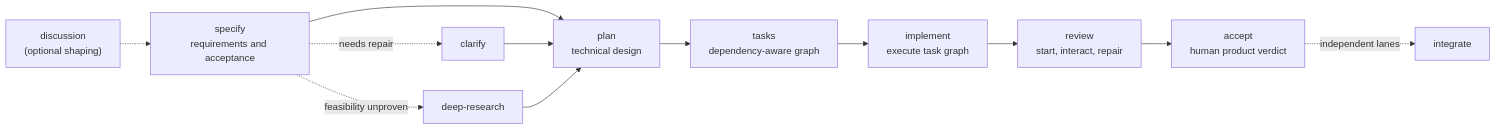
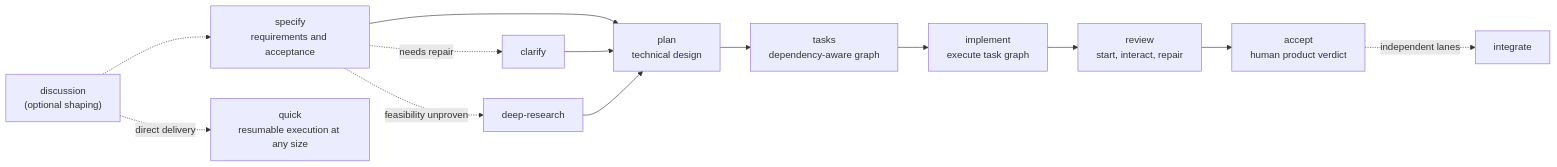
One commit to chenziyang110/spec-kit-plus changed the diagram in README.md. Above: the diagram before and after it, drawn with Mermaid. The commit also changed other lines of this file and 441 other files, not shown here.

````diff
--- a/README.md
+++ b/README.md
@@ -85,14 +85,15 @@
 ```mermaid
 flowchart LR
     D["discussion<br/>(optional shaping)"] -.-> S["specify<br/>requirements and acceptance"]
+    D -. direct delivery .-> Q["quick<br/>resumable execution at any size"]
     S --> P["plan<br/>technical design"]
     S -. needs repair .-> C["clarify"]
     C --> P
     S -. feasibility unproven .-> R["deep-research"]
     R --> P
     P --> T["tasks<br/>dependency-aware graph"]
     T --> I["implement<br/>execute task graph"]
     I --> V["review<br/>start, interact, repair"]
     V --> A["accept<br/>human product verdict"]
     A -. independent lanes .-> G["integrate"]
 ```
````
